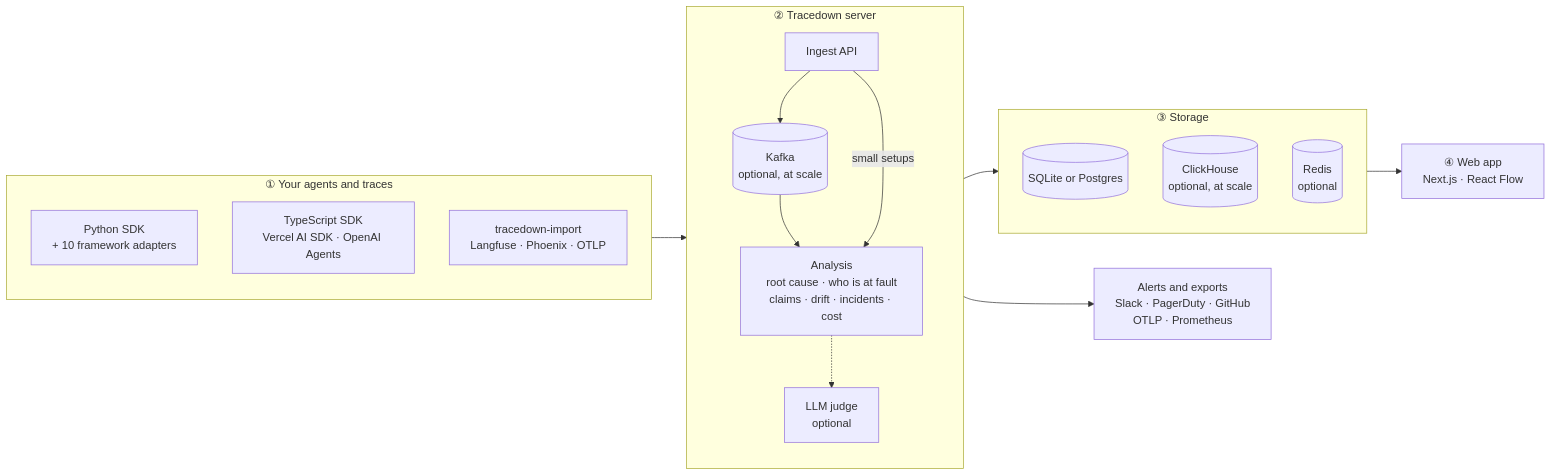
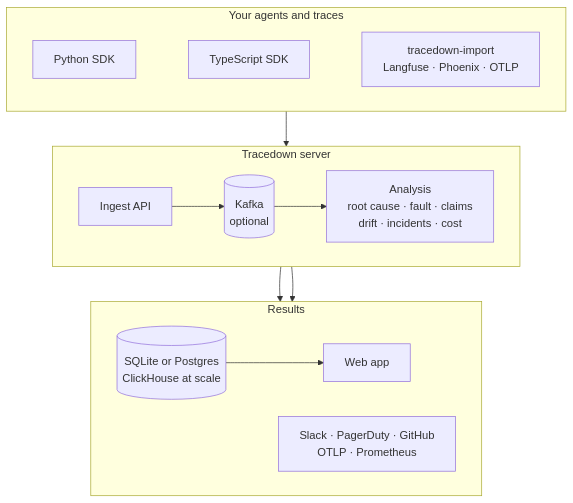
One commit to nbn07/agent-tracedown changed the diagram in README.md. Above: the diagram before and after it, drawn with Mermaid. The commit also changed other lines of this file and 15 other files, not shown here.

````diff
--- a/README.md
+++ b/README.md
@@ -254,35 +179,19 @@
 ```mermaid
-flowchart LR
-    subgraph sources["① Your agents and traces"]
-        direction TB
-        py["Python SDK<br/>+ 10 framework adapters"]
-        ts["TypeScript SDK<br/>Vercel AI SDK · OpenAI Agents"]
-        imp["tracedown-import<br/>Langfuse · Phoenix · OTLP"]
+flowchart TB
+    subgraph sources["Your agents and traces"]
+        direction LR
+        py["Python SDK"] ~~~ ts["TypeScript SDK"] ~~~ imp["tracedown-import<br/>Langfuse · Phoenix · OTLP"]
     end
-
-    subgraph server["② Tracedown server"]
-        direction TB
-        api["Ingest API"]
-        q[("Kafka<br/>optional, at scale")]
-        pipe["Analysis<br/>root cause · who is at fault<br/>claims · drift · incidents · cost"]
-        judge["LLM judge<br/>optional"]
-        api --> q --> pipe
-        api -- small setups --> pipe
-        pipe -.-> judge
+    subgraph server["Tracedown server"]
+        direction LR
+        api["Ingest API"] --> q[("Kafka<br/>optional")] --> pipe["Analysis<br/>root cause · fault · claims<br/>drift · incidents · cost"]
     end
-
-    subgraph storage["③ Storage"]
-        direction TB
-        meta[("SQLite or Postgres")]
-        spans[("ClickHouse<br/>optional, at scale")]
-        cache[("Redis<br/>optional")]
+    subgraph outputs["Results"]
+        direction LR
+        store[("SQLite or Postgres<br/>ClickHouse at scale")] --> web["Web app"]
+        alerts["Slack · PagerDuty · GitHub<br/>OTLP · Prometheus"]
     end
-
-    web["④ Web app<br/>Next.js · React Flow"]
-    out["Alerts and exports<br/>Slack · PagerDuty · GitHub<br/>OTLP · Prometheus"]
-
     sources --> api
-    pipe --> storage
-    storage --> web
-    pipe --> out
+    pipe --> store
+    pipe --> alerts
 ```
````
